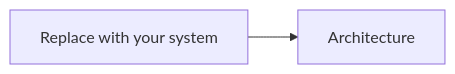
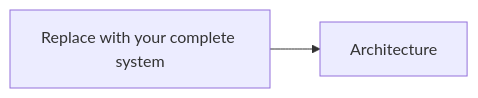
The diagram in SUBMISSION.md (proof-of-aid-hackathon/starter), drawn with Mermaid before and after one commit. The commit also changed other lines of this file and 1 other file, not shown here.

````diff
--- a/SUBMISSION.md
+++ b/SUBMISSION.md
@@ -100,4 +138,4 @@
 ```mermaid
 flowchart LR
-    A[Replace with your system] --> B[Architecture]
+    A[Replace with your complete system] --> B[Architecture]
 ```
````
